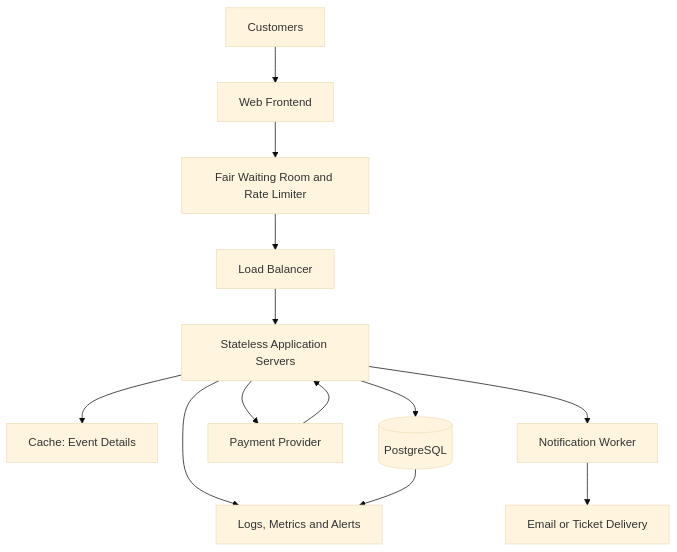
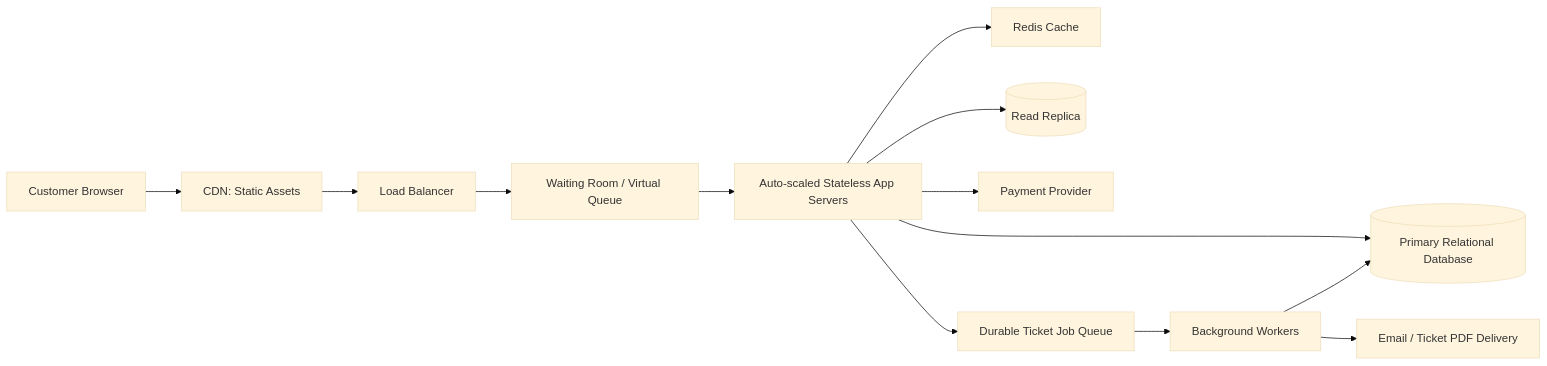
The diagram in day8/ticketing-design.md (anan9we/web-foundation-days), drawn with Mermaid (base theme) before and after one commit. The commit also changed other lines of this file, not shown here.

````diff
--- a/day8/ticketing-design.md
+++ b/day8/ticketing-design.md
@@ -203,15 +180,16 @@
 ```mermaid
-flowchart TD
-    U[Customers] --> W[Web Frontend]
-    W --> Q[Fair Waiting Room and Rate Limiter]
-    Q --> LB[Load Balancer]
-    LB --> API[Stateless Application Servers]
-    API --> C[Cache: Event Details]
-    API --> DB[(PostgreSQL)]
-    API --> P[Payment Provider]
-    P --> API
-    API --> N[Notification Worker]
-    N --> E[Email or Ticket Delivery]
-    API --> M[Logs, Metrics and Alerts]
-    DB --> M
+flowchart LR
+    U[Customer Browser] --> CDN[CDN: Static Assets]
+    CDN --> LB[Load Balancer]
+    LB --> WQ[Waiting Room / Virtual Queue]
+    WQ --> APP[Auto-scaled Stateless App Servers]
+
+    APP --> CACHE[Redis Cache]
+    APP --> DB[(Primary Relational Database)]
+    APP --> REPLICA[(Read Replica)]
+    APP --> PAY[Payment Provider]
+    APP --> Q[Durable Ticket Job Queue]
+    Q --> WORKER[Background Workers]
+    WORKER --> DB
+    WORKER --> EMAIL[Email / Ticket PDF Delivery]
 ```
````
